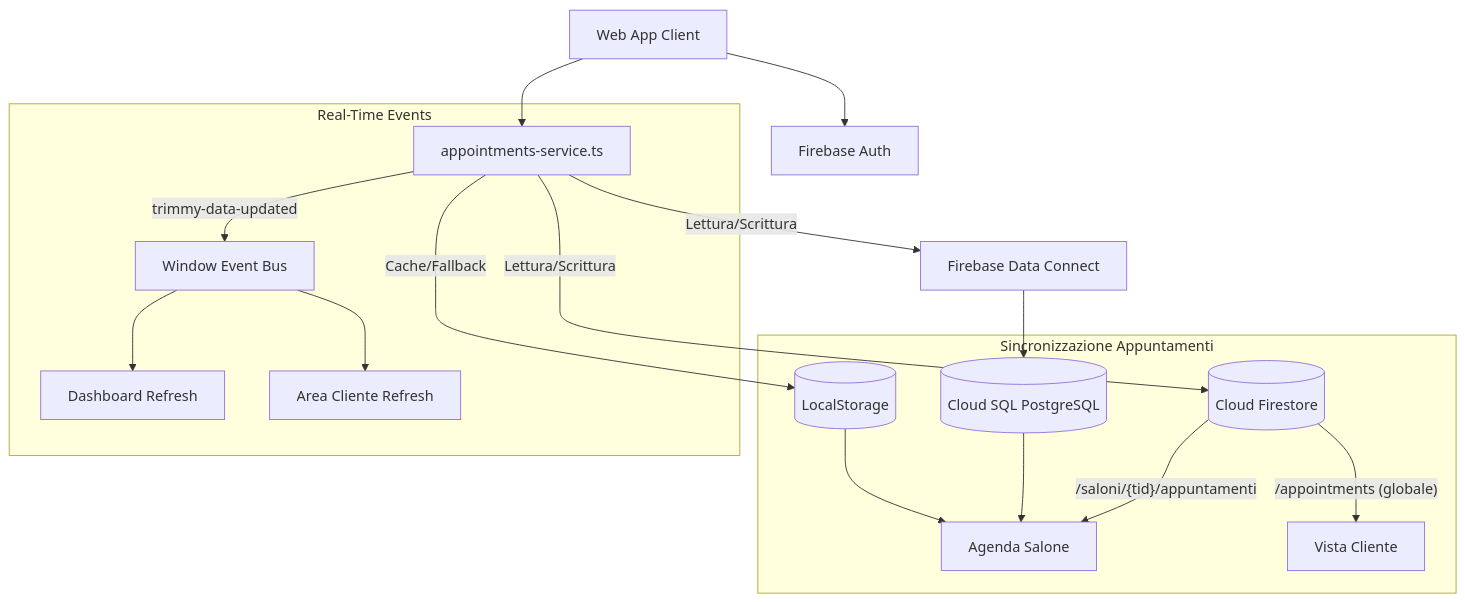
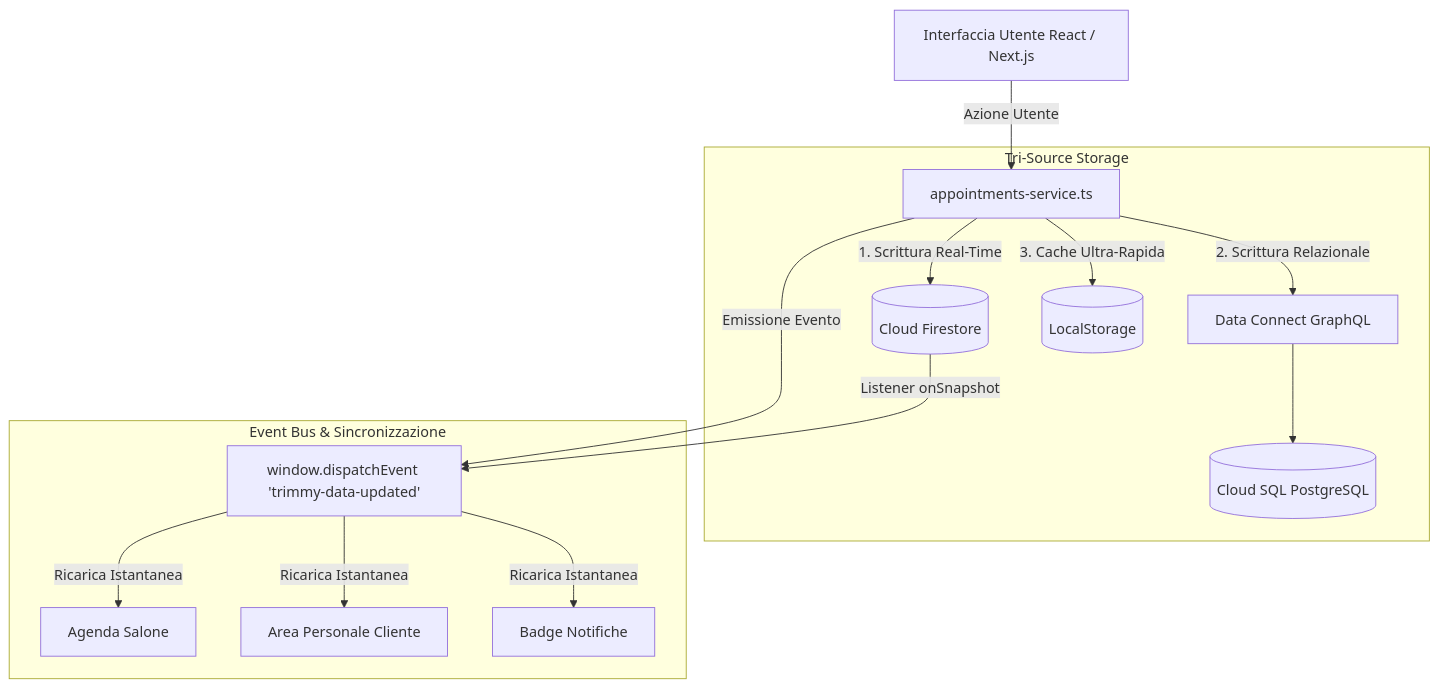
The second of 2 diagrams in README.md (MattiaGabellieri2008/Trimmy), drawn with Mermaid before and after one commit. The commit also changed other lines of this file and 11 other files, not shown here.

````diff
--- a/README.md
+++ b/README.md
@@ -66,24 +149,22 @@
 ```mermaid
 graph TD
-    Client[Web App Client] --> Auth[Firebase Auth]
-    Client --> AS[appointments-service.ts]
+    UI[Interfaccia Utente React / Next.js]
+    AS[appointments-service.ts]
 
-    AS -->|"Lettura/Scrittura"| FS[(Cloud Firestore)]
-    AS -->|"Lettura/Scrittura"| DC[Firebase Data Connect]
-    AS -->|"Cache/Fallback"| LS[(LocalStorage)]
+    UI -->|Azione Utente| AS
 
-    DC --> CloudSQL[(Cloud SQL PostgreSQL)]
-
-    subgraph "Sincronizzazione Appuntamenti"
-        FS -->|"/saloni/{tid}/appuntamenti"| Agenda[Agenda Salone]
-        FS -->|"/appointments (globale)"| ClientView[Vista Cliente]
-        CloudSQL --> Agenda
-        LS --> Agenda
+    subgraph "Tri-Source Storage"
+        AS -->|"1. Scrittura Real-Time"| FS[(Cloud Firestore)]
+        AS -->|"2. Scrittura Relazionale"| DC[Data Connect GraphQL]
+        AS -->|"3. Cache Ultra-Rapida"| LS[(LocalStorage)]
+        DC --> CloudSQL[(Cloud SQL PostgreSQL)]
     end
 
-    subgraph "Real-Time Events"
-        AS -->|"trimmy-data-updated"| WE[Window Event Bus]
-        WE --> Dashboard[Dashboard Refresh]
-        WE --> ClientArea[Area Cliente Refresh]
+    subgraph "Event Bus & Sincronizzazione"
+        AS -->|"Emissione Evento"| EB[window.dispatchEvent 'trimmy-data-updated']
+        FS -->|"Listener onSnapshot"| EB
+        EB -->|"Ricarica Istantanea"| Agenda[Agenda Salone]
+        EB -->|"Ricarica Istantanea"| AreaCliente[Area Personale Cliente]
+        EB -->|"Ricarica Istantanea"| Notifiche[Badge Notifiche]
     end
 ```
````
